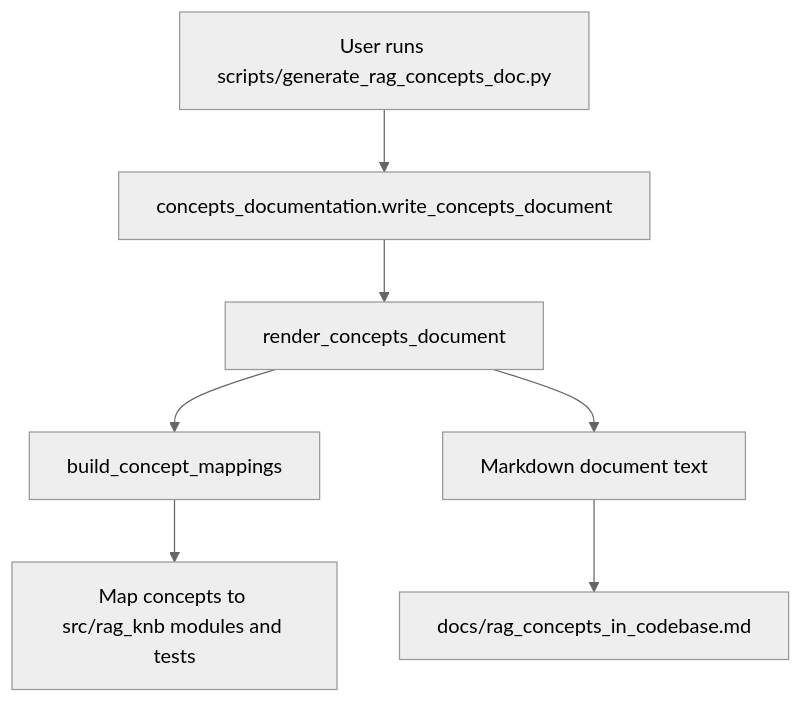
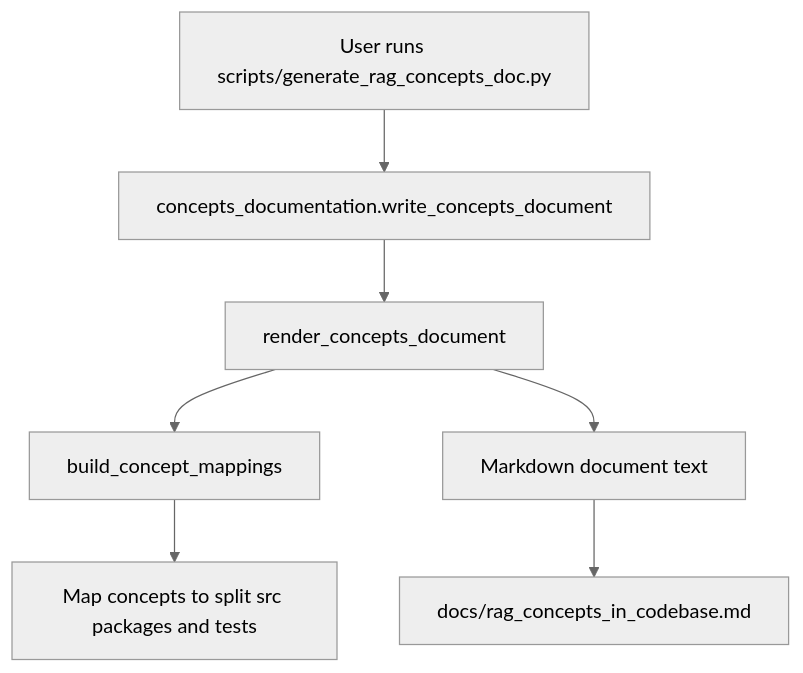
One commit to OlyaFilatova/ai_projects changed the ninth of 11 diagrams in 02_rag_knowledge_base/diagrams_call.md. Above: the diagram before and after it, drawn with Mermaid (neutral theme). The commit also changed other lines of this file and 79 other files, not shown here.

````diff
--- a/02_rag_knowledge_base/diagrams_call.md
+++ b/02_rag_knowledge_base/diagrams_call.md
@@ -224,9 +224,9 @@
 ```mermaid
 flowchart TD
     A[User runs scripts/generate_rag_concepts_doc.py] --> B[concepts_documentation.write_concepts_document]
     B --> C[render_concepts_document]
     C --> D[build_concept_mappings]
-    D --> E[Map concepts to src/rag_knb modules and tests]
+    D --> E[Map concepts to split src packages and tests]
     C --> F[Markdown document text]
     F --> G[docs/rag_concepts_in_codebase.md]
 ```
````
